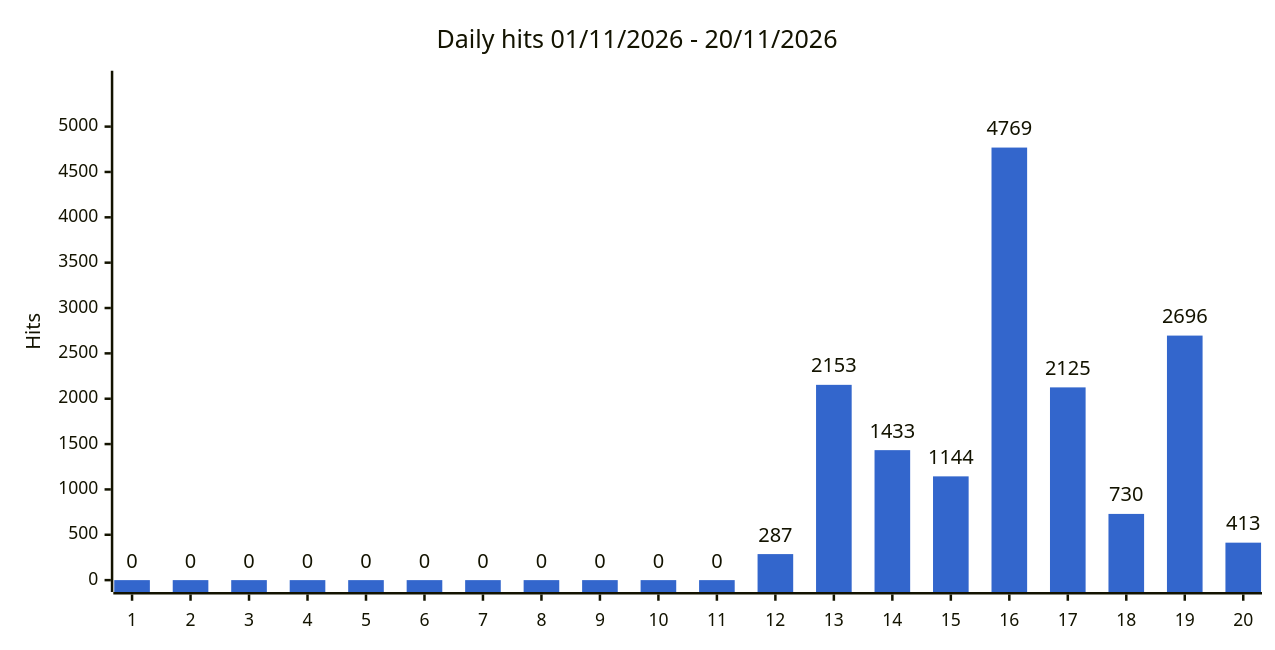
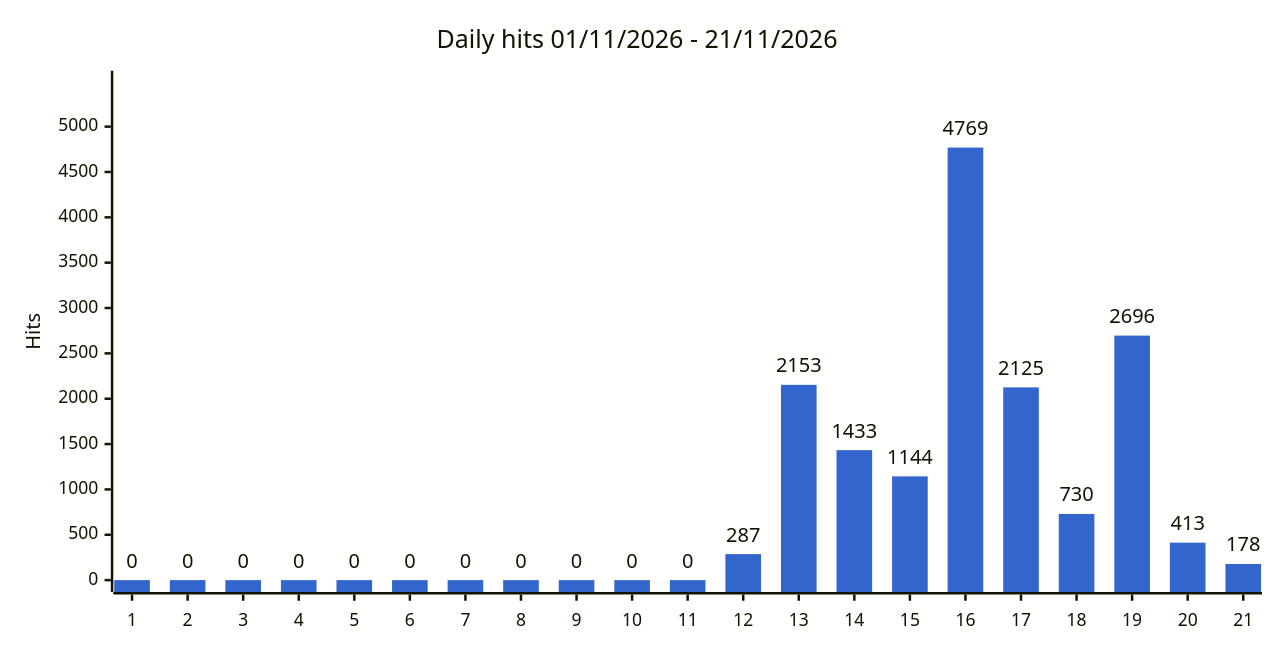
The third of 4 diagrams in docs/stats.md (gmoulard/wikipedia2book), drawn with Mermaid before and after one commit. The commit also changed other lines of this file and 3 other files, not shown here.

````diff
--- a/docs/stats.md
+++ b/docs/stats.md
@@ -43,8 +43,8 @@
 ```mermaid
 %%{init: {"xyChart": {"width": 1000, "showDataLabel": true, "showDataLabelOutsideBar": true}, "themeVariables": {"xyChart": {"plotColorPalette": "#3366cc"}}}}%%
 xychart-beta
-    title "Daily hits 01/11/2026 - 20/11/2026"
-    x-axis ["1", "2", "3", "4", "5", "6", "7", "8", "9", "10", "11", "12", "13", "14", "15", "16", "17", "18", "19", "20"]
+    title "Daily hits 01/11/2026 - 21/11/2026"
+    x-axis ["1", "2", "3", "4", "5", "6", "7", "8", "9", "10", "11", "12", "13", "14", "15", "16", "17", "18", "19", "20", "21"]
     y-axis "Hits" 0 --> 5485
-    bar [0, 0, 0, 0, 0, 0, 0, 0, 0, 0, 0, 287, 2153, 1433, 1144, 4769, 2125, 730, 2696, 413]
+    bar [0, 0, 0, 0, 0, 0, 0, 0, 0, 0, 0, 287, 2153, 1433, 1144, 4769, 2125, 730, 2696, 413, 178]
 ```
````
